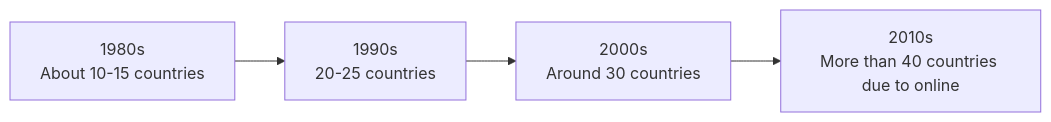
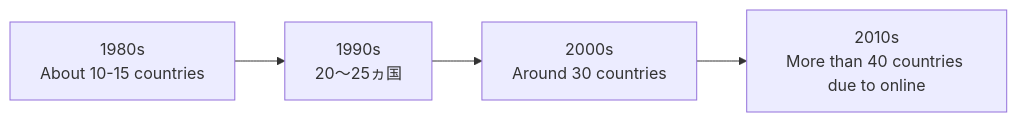
One commit to monumental-movement/monumental-movement.github.io changed the sixth of 9 diagrams in en/_posts/2025-11-23-column-dmc-world-dj-championship.md. Above: the diagram before and after it, drawn with Mermaid. The commit also changed other lines of this file and 1012 other files, not shown here.

```diff
--- a/en/_posts/2025-11-23-column-dmc-world-dj-championship.md
+++ b/en/_posts/2025-11-23-column-dmc-world-dj-championship.md
@@ -342,6 +342,6 @@
 <div class="mermaid">
 graph LR
-    A[1980s<br>About 10-15 countries] --> B[1990s<br>20-25 countries]
+    A[1980s<br>About 10-15 countries] --> B[1990s<br>20〜25ヵ国]
     B --> C[2000s<br>Around 30 countries]
     C --> D[2010s<br>More than 40 countries due to online]
 </div>
```
